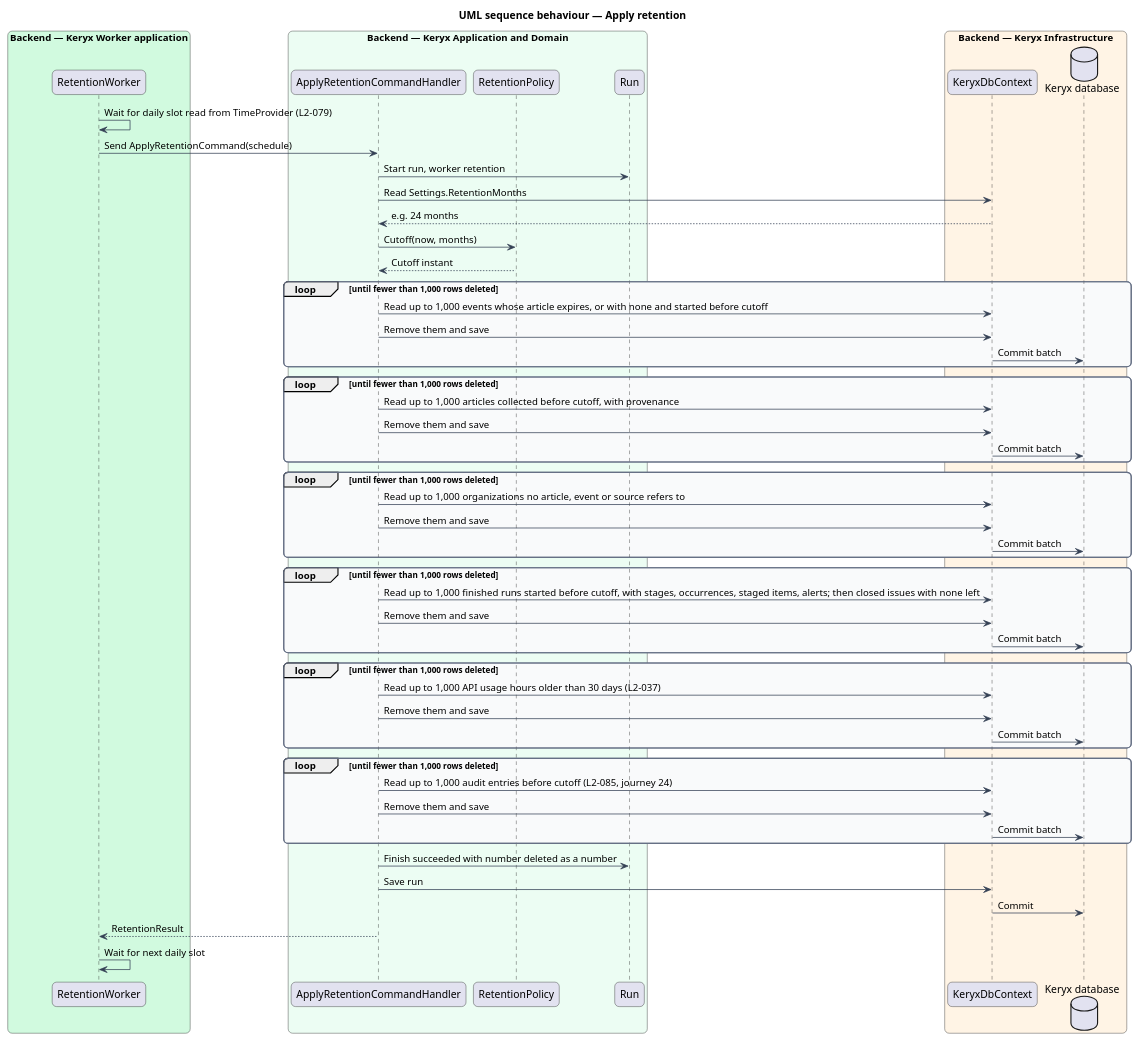
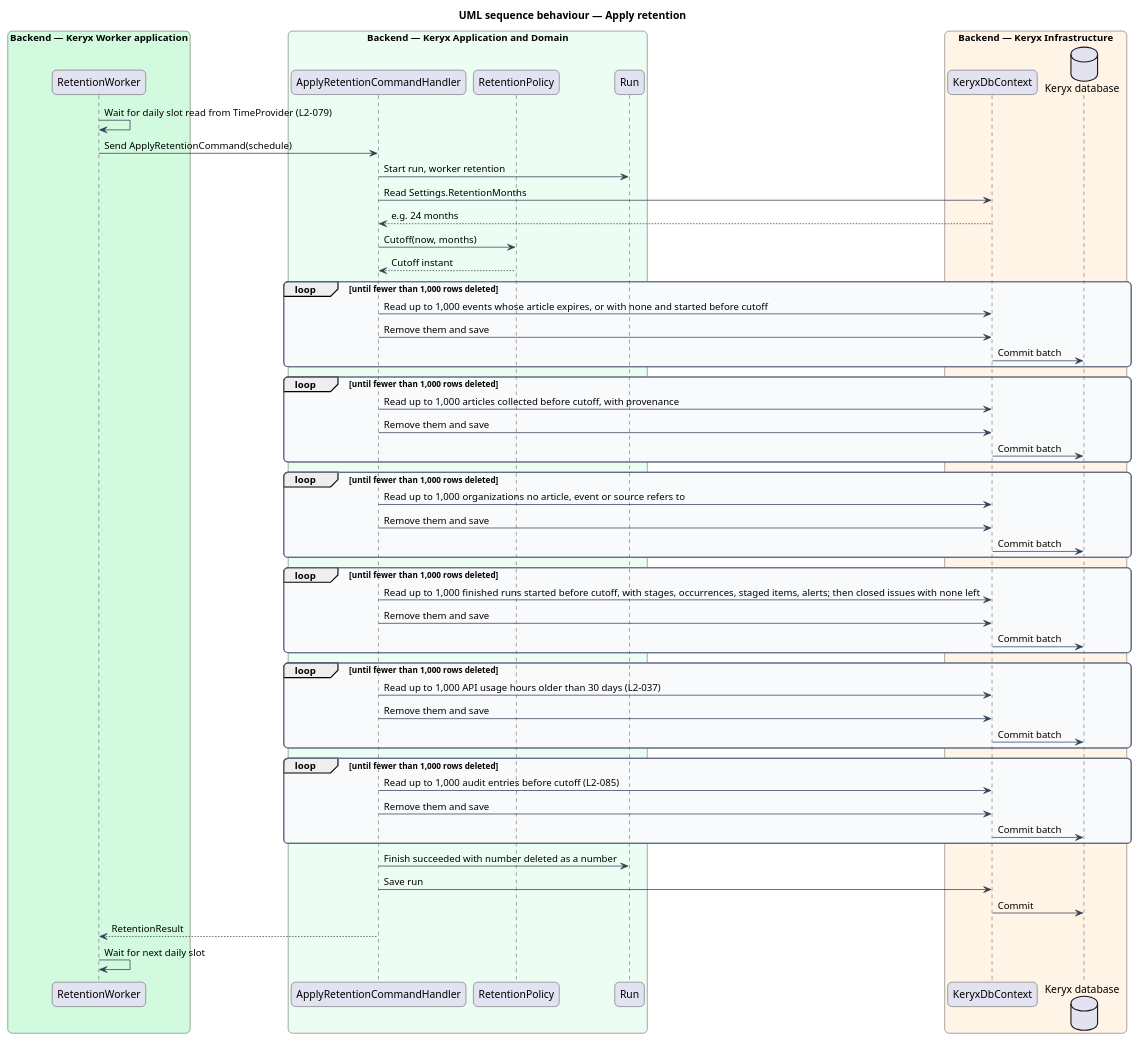
Before and after one commit to QuinntyneBrown/keryx: the diagram in docs/detailed-designs/catalogue/apply-retention/diagrams/sequence-apply-retention.puml, drawn with PlantUML. The commit also changed 5 other files, not shown here.

First line of the commit message:
Delete audit entries older than the retention period

```diff
--- a/docs/detailed-designs/catalogue/apply-retention/diagrams/sequence-apply-retention.puml
+++ b/docs/detailed-designs/catalogue/apply-retention/diagrams/sequence-apply-retention.puml
@@ -1,71 +1,71 @@
 @startuml
 title UML sequence behaviour — Apply retention
 skinparam backgroundColor #FFFFFF
 skinparam shadowing false
 skinparam roundcorner 12
 skinparam defaultFontName Arial
 skinparam ArrowColor #344054
 skinparam rectangle {
   BorderColor #344054
   FontColor #101828
 }
 skinparam package {
   BorderColor #667085
   FontColor #101828
   BackgroundColor #F9FAFB
 }
 box "Backend — Keryx Worker application" #D1FADF
   participant "RetentionWorker" as worker
 end box
 box "Backend — Keryx Application and Domain" #ECFDF3
   participant "ApplyRetentionCommandHandler" as handler
   participant "RetentionPolicy" as policy
   participant "Run" as run
 end box
 box "Backend — Keryx Infrastructure" #FFF4E5
   participant "KeryxDbContext" as ctx
   database "Keryx database" as db
 end box
 worker -> worker : Wait for daily slot read from TimeProvider (L2-079)
 worker -> handler : Send ApplyRetentionCommand(schedule)
 handler -> run : Start run, worker retention
 handler -> ctx : Read Settings.RetentionMonths
 ctx --> handler : e.g. 24 months
 handler -> policy : Cutoff(now, months)
 policy --> handler : Cutoff instant
 loop until fewer than 1,000 rows deleted
   handler -> ctx : Read up to 1,000 events whose article expires, or with none and started before cutoff
   handler -> ctx : Remove them and save
   ctx -> db : Commit batch
 end
 loop until fewer than 1,000 rows deleted
   handler -> ctx : Read up to 1,000 articles collected before cutoff, with provenance
   handler -> ctx : Remove them and save
   ctx -> db : Commit batch
 end
 loop until fewer than 1,000 rows deleted
   handler -> ctx : Read up to 1,000 organizations no article, event or source refers to
   handler -> ctx : Remove them and save
   ctx -> db : Commit batch
 end
 loop until fewer than 1,000 rows deleted
   handler -> ctx : Read up to 1,000 finished runs started before cutoff, with stages, occurrences, staged items, alerts; then closed issues with none left
   handler -> ctx : Remove them and save
   ctx -> db : Commit batch
 end
 loop until fewer than 1,000 rows deleted
   handler -> ctx : Read up to 1,000 API usage hours older than 30 days (L2-037)
   handler -> ctx : Remove them and save
   ctx -> db : Commit batch
 end
 loop until fewer than 1,000 rows deleted
-  handler -> ctx : Read up to 1,000 audit entries before cutoff (L2-085, journey 24)
+  handler -> ctx : Read up to 1,000 audit entries before cutoff (L2-085)
   handler -> ctx : Remove them and save
   ctx -> db : Commit batch
 end
 handler -> run : Finish succeeded with number deleted as a number
 handler -> ctx : Save run
 ctx -> db : Commit
 handler --> worker : RetentionResult
 worker -> worker : Wait for next daily slot
 @enduml
```
